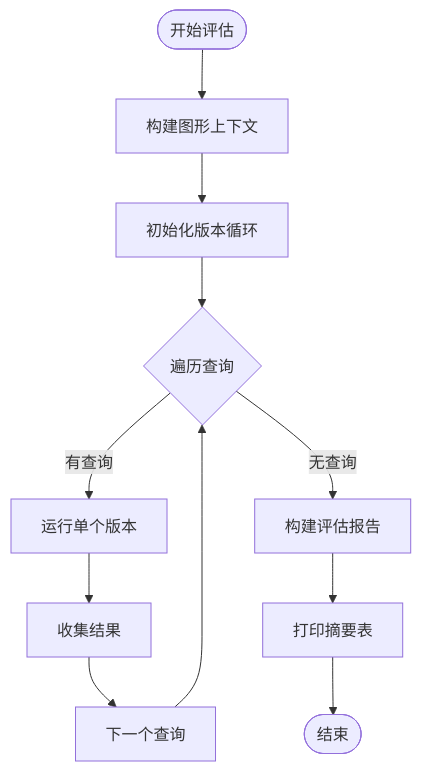
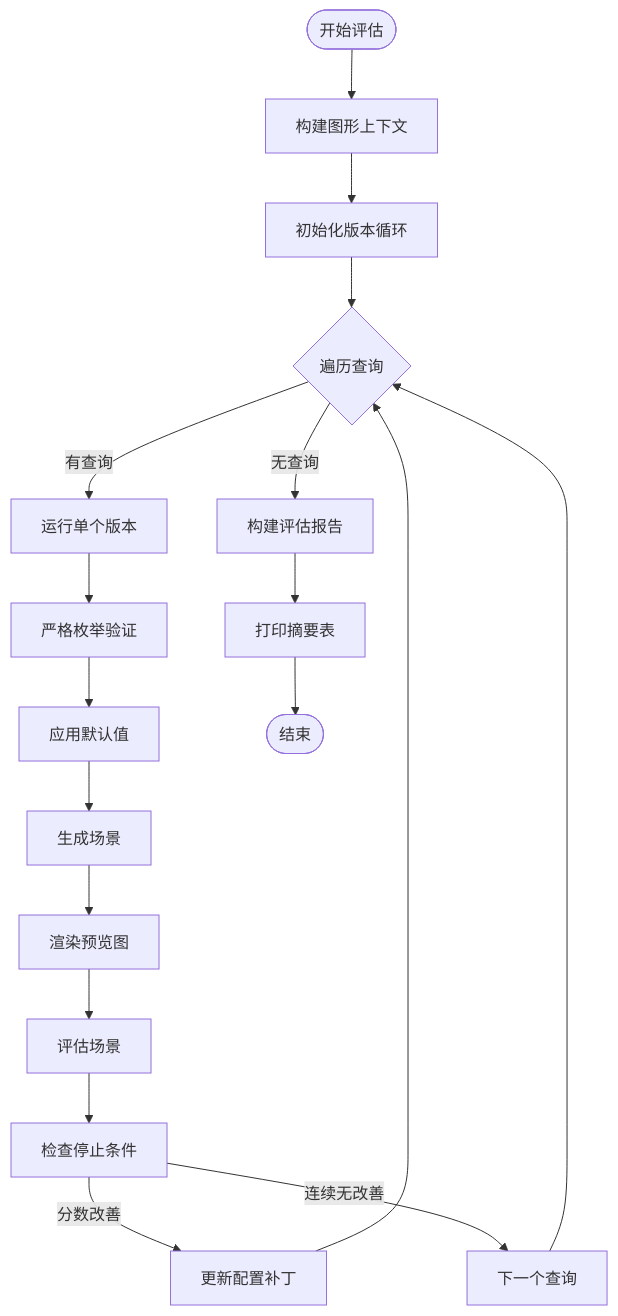
Before and after one commit to wsqstar/RoadGen3D: the fifth of 6 diagrams in .qoder/repowiki/zh/content/里程碑管道/自动场景生成流水线/多版本自动评估系统.md, drawn with Mermaid. The commit also changed other lines of this file and 12 other files, not shown here.

````diff
--- a/.qoder/repowiki/zh/content/里程碑管道/自动场景生成流水线/多版本自动评估系统.md
+++ b/.qoder/repowiki/zh/content/里程碑管道/自动场景生成流水线/多版本自动评估系统.md
@@ -167,13 +223,20 @@
 ```mermaid
 flowchart TD
 Start([开始评估]) --> BuildCtx[构建图形上下文]
 BuildCtx --> InitLoop[初始化版本循环]
 InitLoop --> ForEachQuery{遍历查询}
 ForEachQuery --> |有查询| RunVersion[运行单个版本]
 ForEachQuery --> |无查询| BuildReport[构建评估报告]
-RunVersion --> CollectResults[收集结果]
-CollectResults --> NextQuery[下一个查询]
+RunVersion --> SanitizePatch[严格枚举验证]
+SanitizePatch --> ApplyDefaults[应用默认值]
+ApplyDefaults --> GenerateScene[生成场景]
+GenerateScene --> RenderPreview[渲染预览图]
+RenderPreview --> EvaluateScene[评估场景]
+EvaluateScene --> CheckStop[检查停止条件]
+CheckStop --> |分数改善| UpdatePatch[更新配置补丁]
+CheckStop --> |连续无改善| NextQuery[下一个查询]
+UpdatePatch --> ForEachQuery
 NextQuery --> ForEachQuery
 BuildReport --> PrintSummary[打印摘要表]
 PrintSummary --> End([结束])
 ```
````
